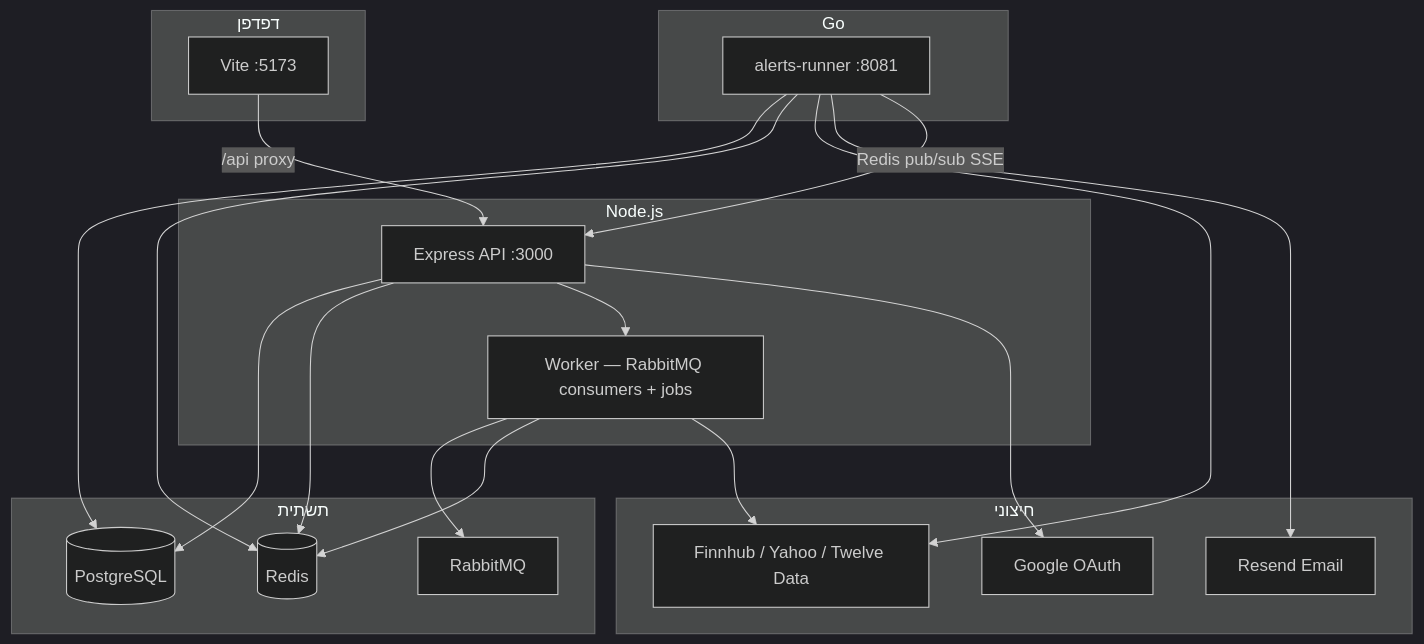
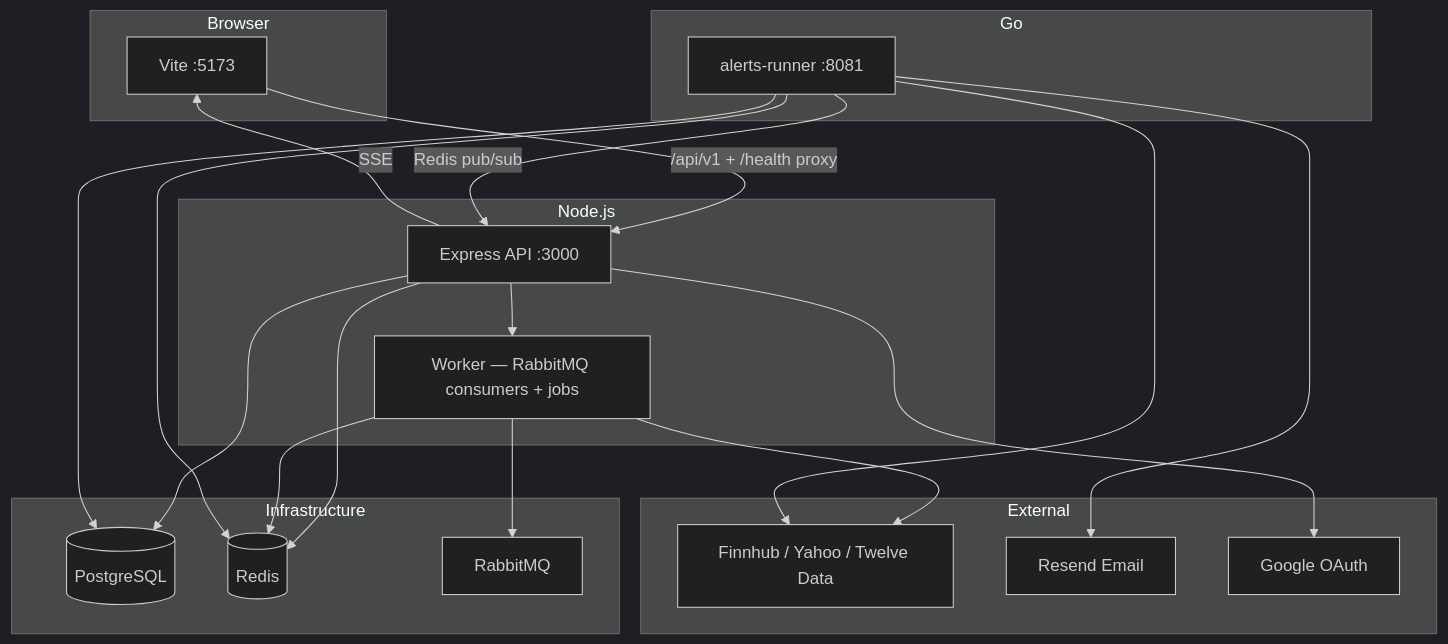
The diagram in README.md (orimazrafi/trading-signal), drawn with Mermaid (dark theme) before and after one commit. The commit also changed other lines of this file and 10 other files, not shown here.

````diff
--- a/README.md
+++ b/README.md
@@ -70,41 +71,42 @@
 ```mermaid
 flowchart TB
-  subgraph browser [דפדפן]
+  subgraph browser [Browser]
     Client[Vite :5173]
   end
 
   subgraph node [Node.js]
     Server[Express API :3000]
     Worker[Worker — RabbitMQ consumers + jobs]
   end
 
   subgraph go [Go]
     AlertsRunner[alerts-runner :8081]
   end
 
-  subgraph data [תשתית]
+  subgraph data [Infrastructure]
     PG[(PostgreSQL)]
     Redis[(Redis)]
     RMQ[RabbitMQ]
   end
 
-  subgraph external [חיצוני]
+  subgraph external [External]
     Finnhub[Finnhub / Yahoo / Twelve Data]
     Resend[Resend Email]
     Google[Google OAuth]
   end
 
-  Client -->|/api proxy| Server
+  Client -->|/api/v1 + /health proxy| Server
   Server --> PG
   Server --> Redis
   Server --> Worker
   Worker --> RMQ
   Worker --> Redis
   Worker --> Finnhub
   AlertsRunner --> PG
   AlertsRunner --> Redis
   AlertsRunner --> Finnhub
   AlertsRunner --> Resend
   Server --> Google
-  AlertsRunner -->|Redis pub/sub SSE| Server
+  AlertsRunner -->|Redis pub/sub| Server
+  Server -->|SSE| Client
 ```
````
